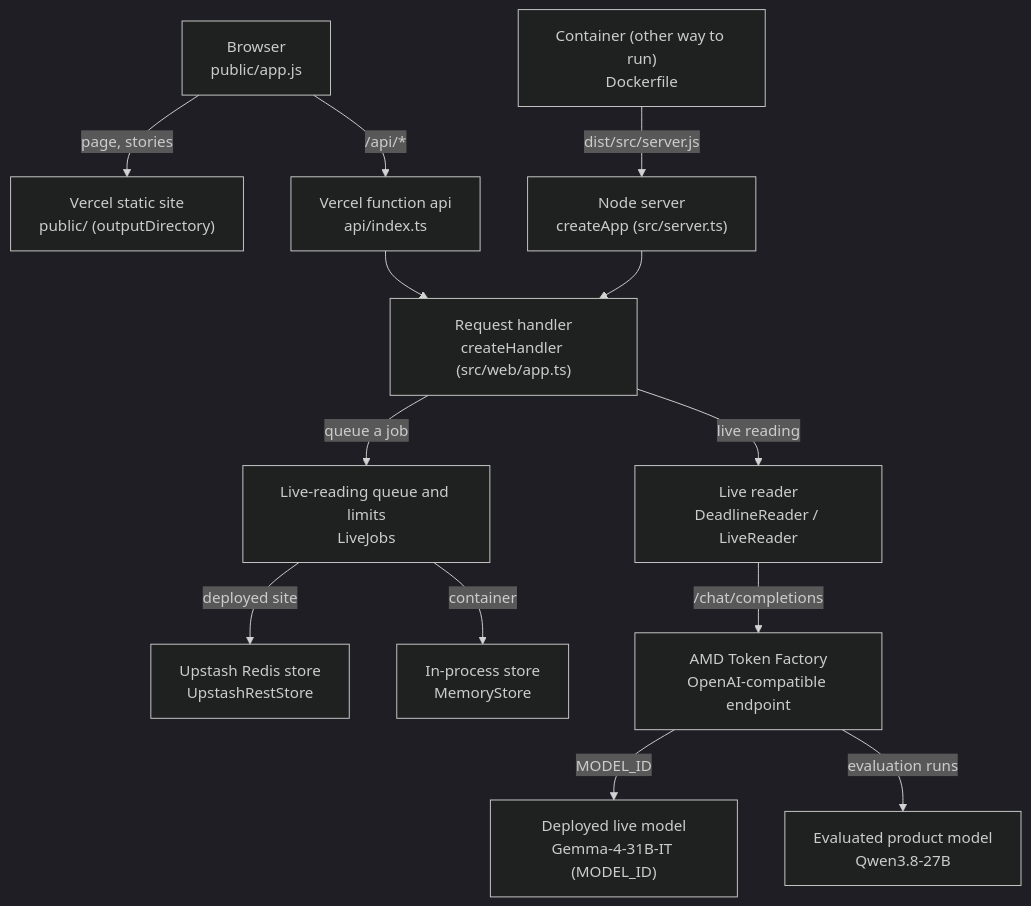
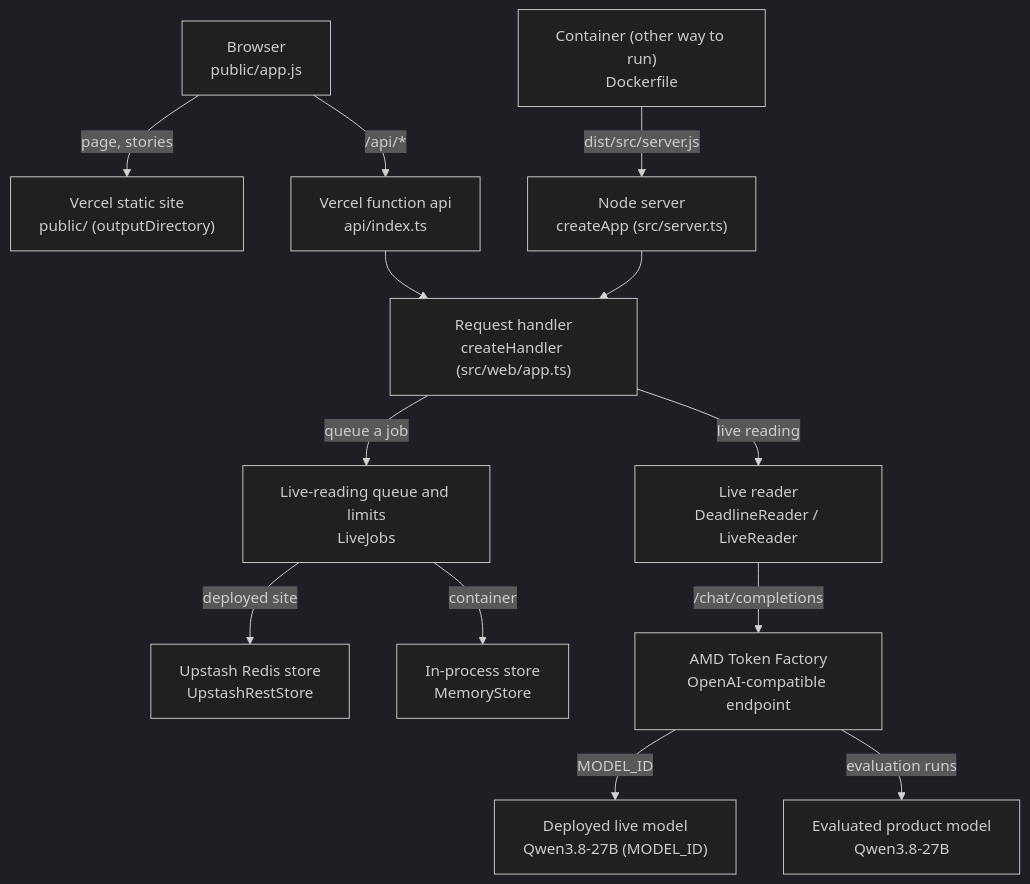
Before and after one commit to hvaler/certgate: the first of 2 diagrams in README.md, drawn with Mermaid (dark theme). The commit also changed other lines of this file and 4 other files, not shown here.

First line of the commit message:
Live model is Qwen3.8-27B since 2026-10-15: Token Factory stopped listing Gemma-4-31B-IT

````diff
--- a/README.md
+++ b/README.md
@@ -158,28 +156,28 @@
 ```mermaid
 flowchart TB
   browser["Browser<br/>public/app.js"]
   container["Container (other way to run)<br/>Dockerfile"]
   static["Vercel static site<br/>public/ (outputDirectory)"]
   api["Vercel function api<br/>api/index.ts"]
   server["Node server<br/>createApp (src/server.ts)"]
   handler["Request handler<br/>createHandler (src/web/app.ts)"]
   jobs["Live-reading queue and limits<br/>LiveJobs"]
   reader["Live reader<br/>DeadlineReader / LiveReader"]
   store["Upstash Redis store<br/>UpstashRestStore"]
   memory["In-process store<br/>MemoryStore"]
   amd["AMD Token Factory<br/>OpenAI-compatible endpoint"]
-  gemma["Deployed live model<br/>Gemma-4-31B-IT (MODEL_ID)"]
+  gemma["Deployed live model<br/>Qwen3.8-27B (MODEL_ID)"]
   qwen["Evaluated product model<br/>Qwen3.8-27B"]
   browser -->|"page, stories"| static
   browser -->|"/api/*"| api
   container -->|"dist/src/server.js"| server
   api --> handler
   server --> handler
   handler -->|"queue a job"| jobs
   handler -->|"live reading"| reader
   jobs -->|"deployed site"| store
   jobs -->|"container"| memory
   reader -->|"/chat/completions"| amd
   amd -->|"MODEL_ID"| gemma
   amd -->|"evaluation runs"| qwen
 ```
````
